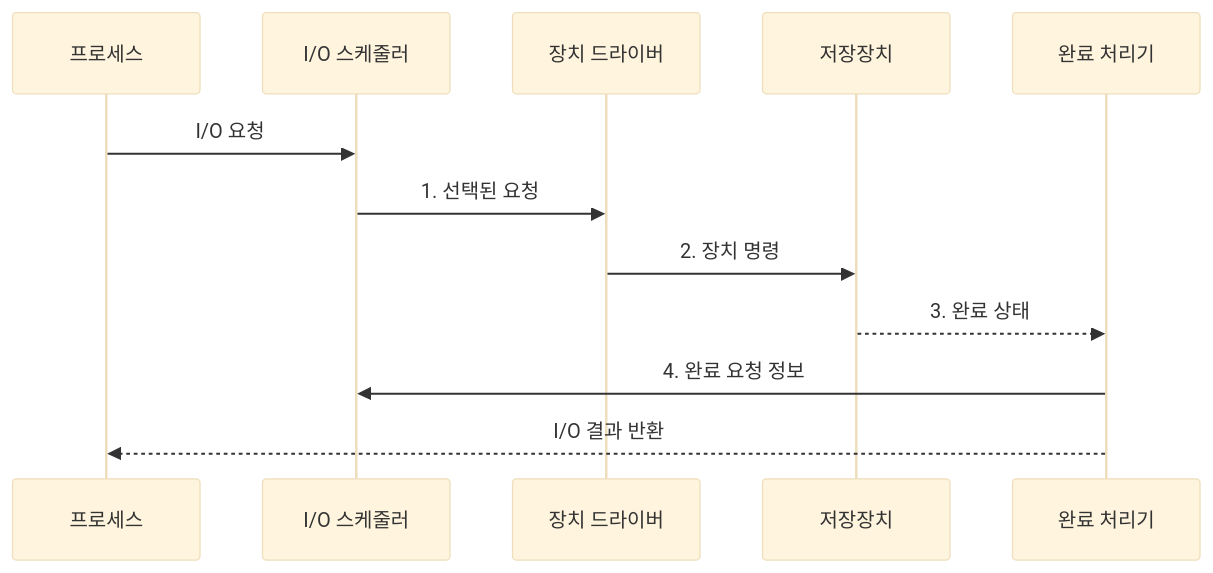
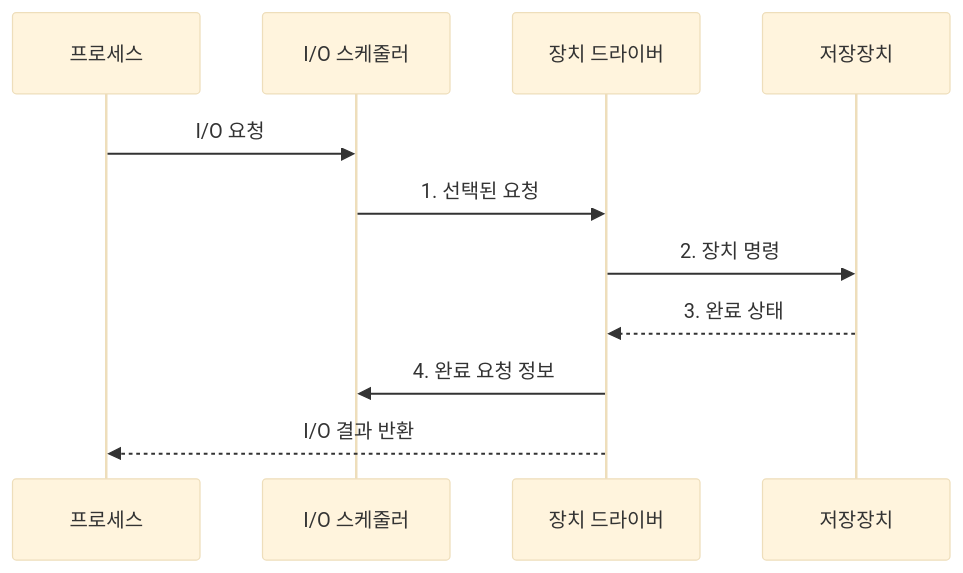
Before and after one commit to agnusdei1207/knowledge-base: the second of 2 diagrams in src/content/docs/notes/03-software/022_io_management_disk_scheduling.md, drawn with Mermaid (base theme). The commit also changed 8 other files, not shown here.

Commit message:
Focus software system diagrams

````diff
--- a/src/content/docs/notes/03-software/022_io_management_disk_scheduling.md
+++ b/src/content/docs/notes/03-software/022_io_management_disk_scheduling.md
@@ -110,14 +110,13 @@
 ```mermaid
 sequenceDiagram
     participant P as 프로세스
     participant S as I/O 스케줄러
     participant D as 장치 드라이버
     participant V as 저장장치
-    participant C as 완료 처리기
     P->>S: I/O 요청
     S->>D: 1. 선택된 요청
     D->>V: 2. 장치 명령
-    V-->>C: 3. 완료 상태
-    C->>S: 4. 완료 요청 정보
-    C-->>P: I/O 결과 반환
+    V-->>D: 3. 완료 상태
+    D->>S: 4. 완료 요청 정보
+    D-->>P: I/O 결과 반환
 ```
````
